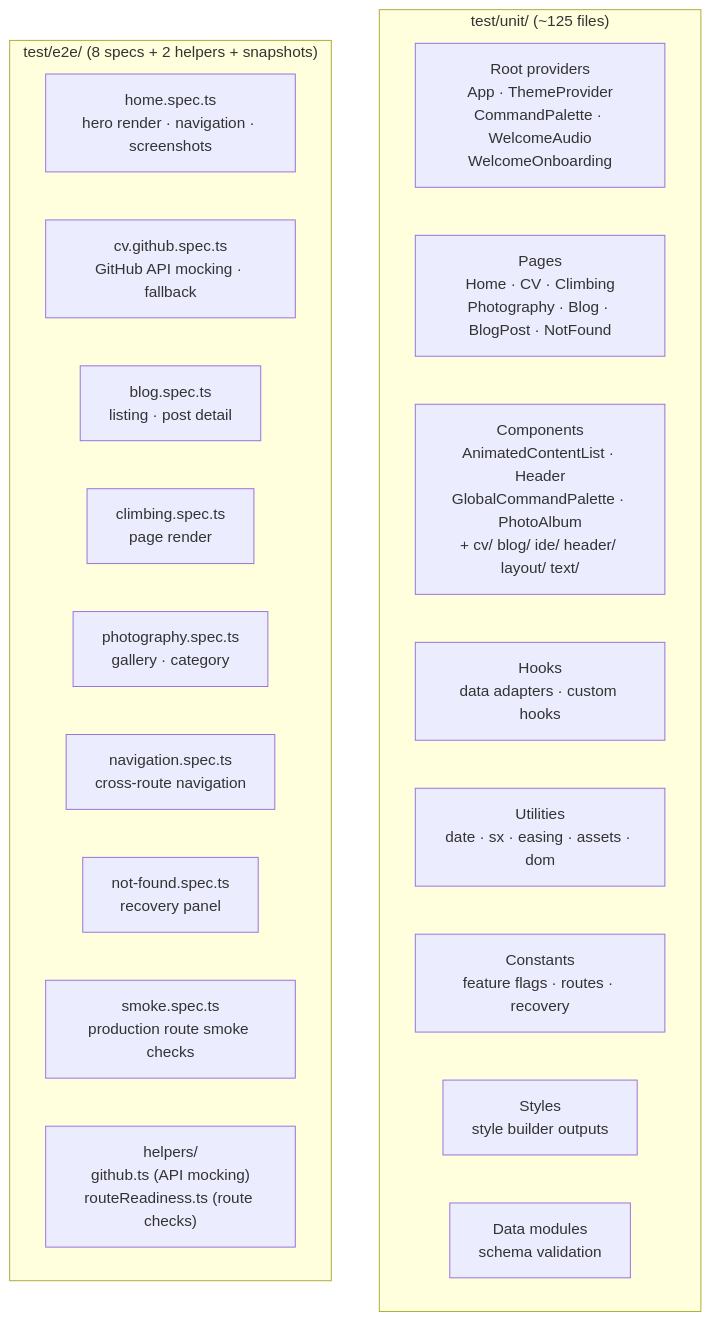
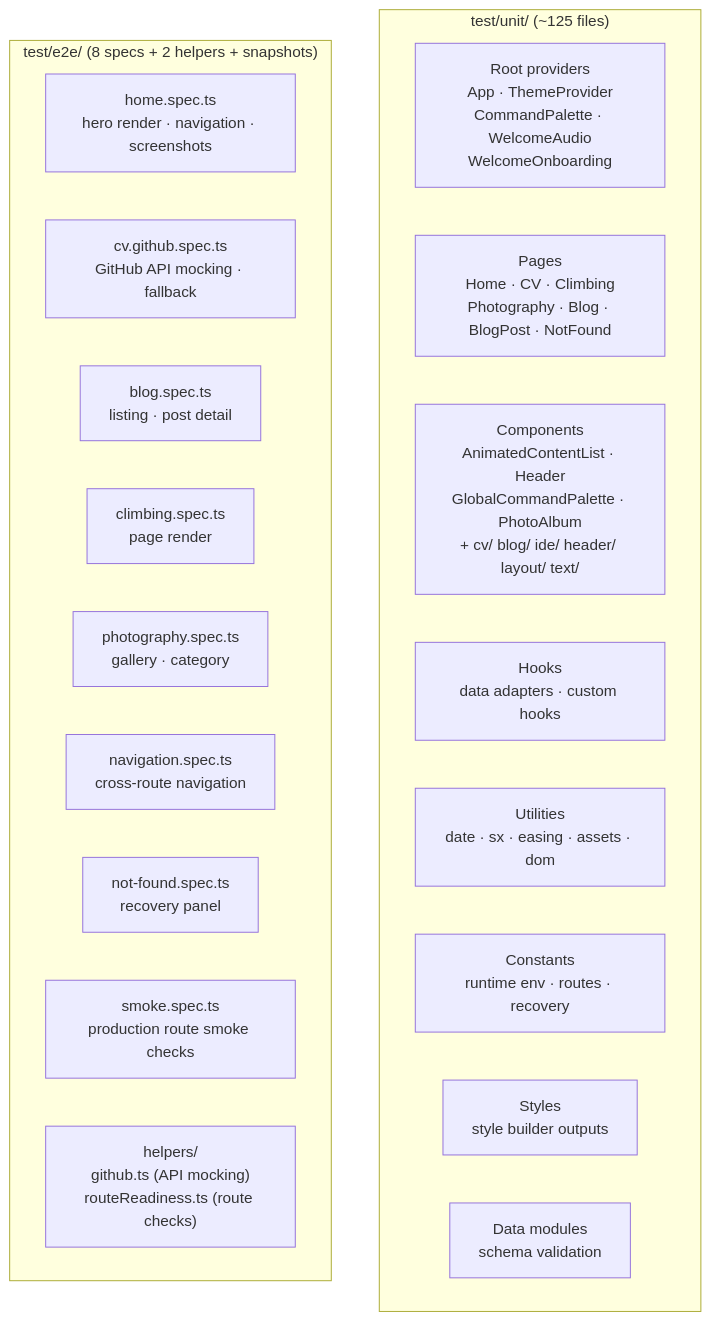
The first of 2 diagrams in docs/engineering/testing-strategy.md (danphenderson/dev-danhenderson), drawn with Mermaid before and after one commit. The commit also changed other lines of this file and 171 other files, not shown here.

````diff
--- a/docs/engineering/testing-strategy.md
+++ b/docs/engineering/testing-strategy.md
@@ -78,25 +78,25 @@
 ```mermaid
 flowchart TB
   subgraph Unit["test/unit/ (~125 files)"]
     Providers["Root providers<br/>App · ThemeProvider<br/>CommandPalette · WelcomeAudio<br/>WelcomeOnboarding"]
     Pages["Pages<br/>Home · CV · Climbing<br/>Photography · Blog · BlogPost · NotFound"]
     Components["Components<br/>AnimatedContentList · Header<br/>GlobalCommandPalette · PhotoAlbum<br/>+ cv/ blog/ ide/ header/ layout/ text/"]
     Hooks["Hooks<br/>data adapters · custom hooks"]
     Utils["Utilities<br/>date · sx · easing · assets · dom"]
-    Constants["Constants<br/>feature flags · routes · recovery"]
+    Constants["Constants<br/>runtime env · routes · recovery"]
     Styles["Styles<br/>style builder outputs"]
     Data["Data modules<br/>schema validation"]
   end
 
   subgraph E2E["test/e2e/ (8 specs + 2 helpers + snapshots)"]
     HomeE2E["home.spec.ts<br/>hero render · navigation · screenshots"]
     CVE2E["cv.github.spec.ts<br/>GitHub API mocking · fallback"]
     BlogE2E["blog.spec.ts<br/>listing · post detail"]
     ClimbE2E["climbing.spec.ts<br/>page render"]
     PhotoE2E["photography.spec.ts<br/>gallery · category"]
     NavE2E["navigation.spec.ts<br/>cross-route navigation"]
     NFE2E["not-found.spec.ts<br/>recovery panel"]
     SmokeE2E["smoke.spec.ts<br/>production route smoke checks"]
     Helpers["helpers/<br/>github.ts (API mocking)<br/>routeReadiness.ts (route checks)"]
   end
 ```
````
